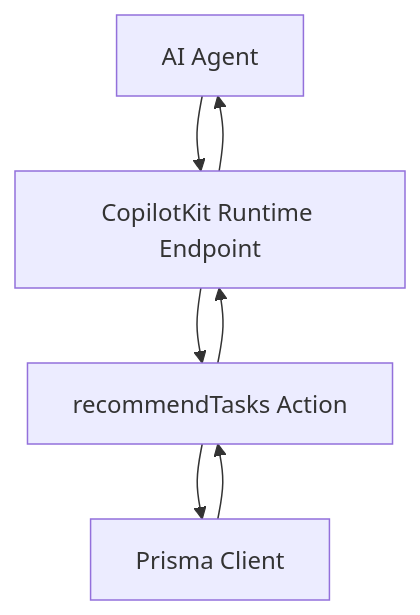
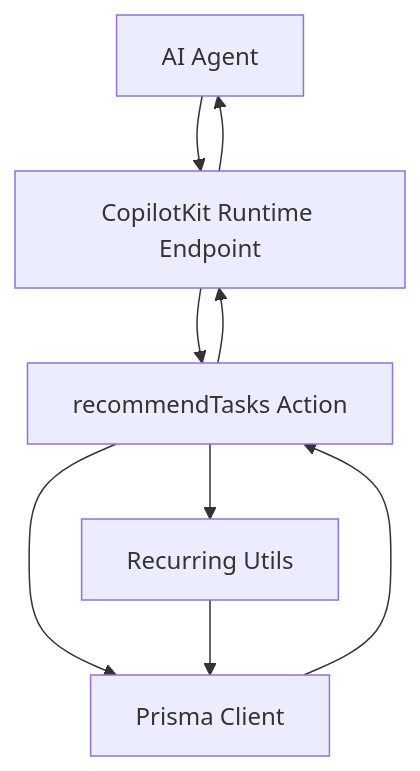
One commit to peixuanhu/goal-mate changed the fifth of 5 diagrams in .qoder/repowiki/en/content/AI Assistant Integration/AI Actions System/Task Recommendation Action.md. Above: the diagram before and after it, drawn with Mermaid. The commit also changed other lines of this file and 5 other files, not shown here.

````diff
--- a/.qoder/repowiki/en/content/AI Assistant Integration/AI Actions System/Task Recommendation Action.md
+++ b/.qoder/repowiki/en/content/AI Assistant Integration/AI Actions System/Task Recommendation Action.md
@@ -226,9 +290,11 @@
 ```mermaid
 graph TB
 Agent["AI Agent"] --> Runtime["CopilotKit Runtime Endpoint"]
 Runtime --> Action["recommendTasks Action"]
+Action --> RecurringUtils["Recurring Utils"]
 Action --> DB["Prisma Client"]
+RecurringUtils --> DB
 DB --> Action
 Action --> Runtime
 Runtime --> Agent
 ```
````
